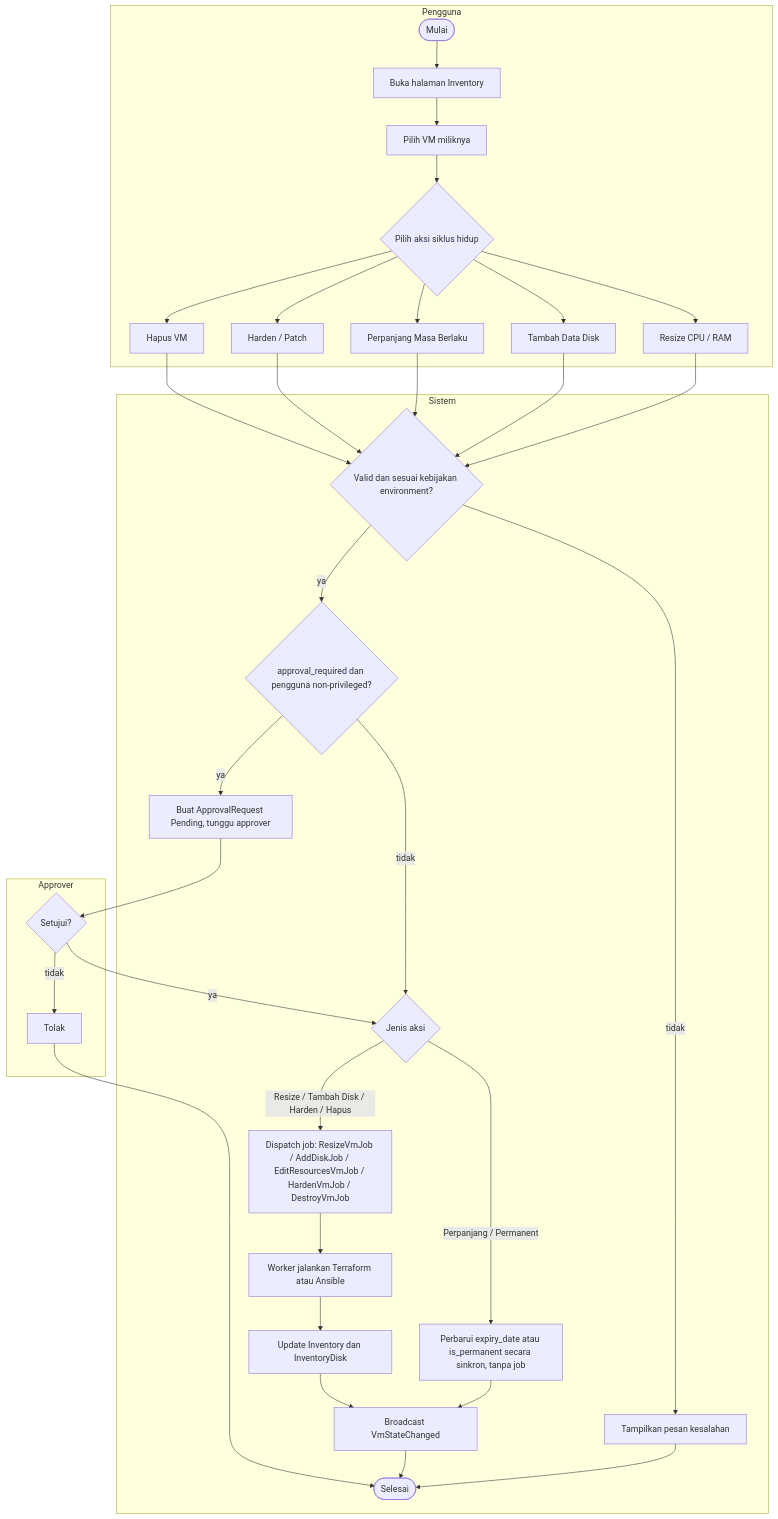
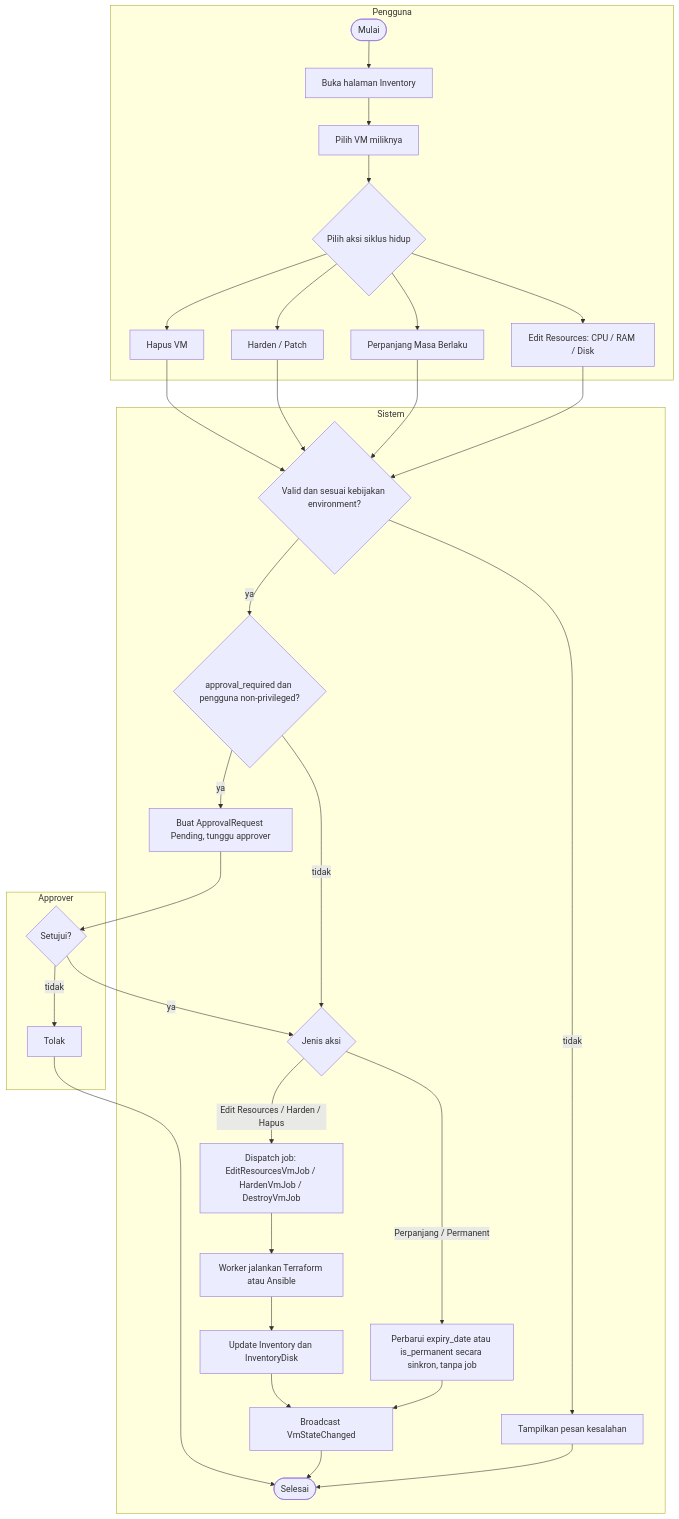
Before and after one commit to ardyxmr/skripsi: the diagram in diagram-3-6-activity-inventory.md, drawn with Mermaid. The commit also changed other lines of this file and 3 other files, not shown here.

````diff
--- a/diagram-3-6-activity-inventory.md
+++ b/diagram-3-6-activity-inventory.md
@@ -9,56 +10,53 @@
 ```mermaid
 flowchart TB
     subgraph PG [Pengguna]
         S1([Mulai])
         A1[Buka halaman Inventory]
         A2[Pilih VM miliknya]
         A3{Pilih aksi siklus hidup}
-        AR[Resize CPU / RAM]
-        AD[Tambah Data Disk]
+        AER[Edit Resources: CPU / RAM / Disk]
         APx[Perpanjang Masa Berlaku]
         AH[Harden / Patch]
         ADEL[Hapus VM]
     end
 
     subgraph SY [Sistem]
         V1{Valid dan sesuai kebijakan environment?}
         V2[Tampilkan pesan kesalahan]
         D1{approval_required dan pengguna non-privileged?}
         Q1[Buat ApprovalRequest Pending, tunggu approver]
         TYP{Jenis aksi}
         SYNC[Perbarui expiry_date atau is_permanent secara sinkron, tanpa job]
-        J["Dispatch job: ResizeVmJob / AddDiskJob / EditResourcesVmJob / HardenVmJob / DestroyVmJob"]
+        J["Dispatch job: EditResourcesVmJob / HardenVmJob / DestroyVmJob"]
         EX[Worker jalankan Terraform atau Ansible]
         UP[Update Inventory dan InventoryDisk]
         BR[Broadcast VmStateChanged]
         E1([Selesai])
     end
 
     subgraph AV [Approver]
         AP1{Setujui?}
         AP2[Tolak]
     end
 
     S1 --> A1 --> A2 --> A3
-    A3 --> AR
-    A3 --> AD
+    A3 --> AER
     A3 --> APx
     A3 --> AH
     A3 --> ADEL
-    AR --> V1
-    AD --> V1
+    AER --> V1
     APx --> V1
     AH --> V1
     ADEL --> V1
     V1 -- tidak --> V2 --> E1
     V1 -- ya --> D1
     D1 -- tidak --> TYP
     D1 -- ya --> Q1 --> AP1
     AP1 -- ya --> TYP
     AP1 -- tidak --> AP2 --> E1
     TYP -- "Perpanjang / Permanent" --> SYNC
-    TYP -- "Resize / Tambah Disk / Harden / Hapus" --> J
+    TYP -- "Edit Resources / Harden / Hapus" --> J
     J --> EX --> UP --> BR
     SYNC --> BR
     BR --> E1
 ```
````
